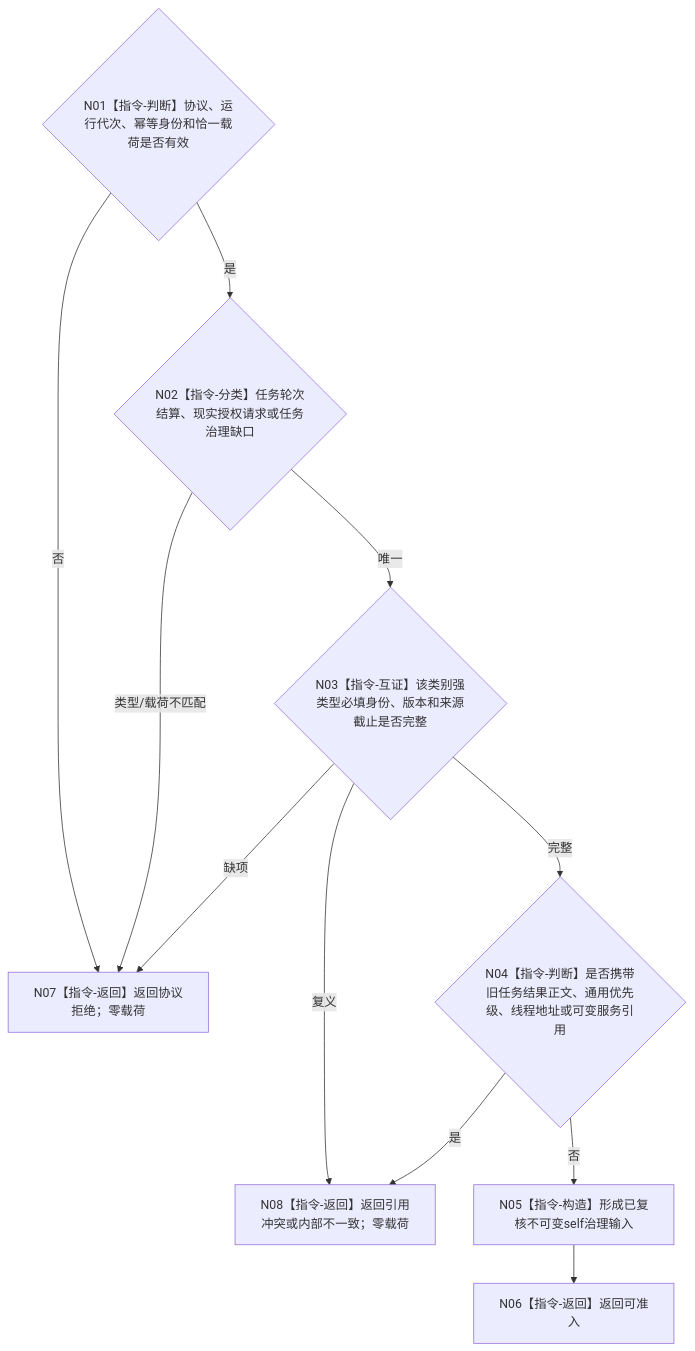
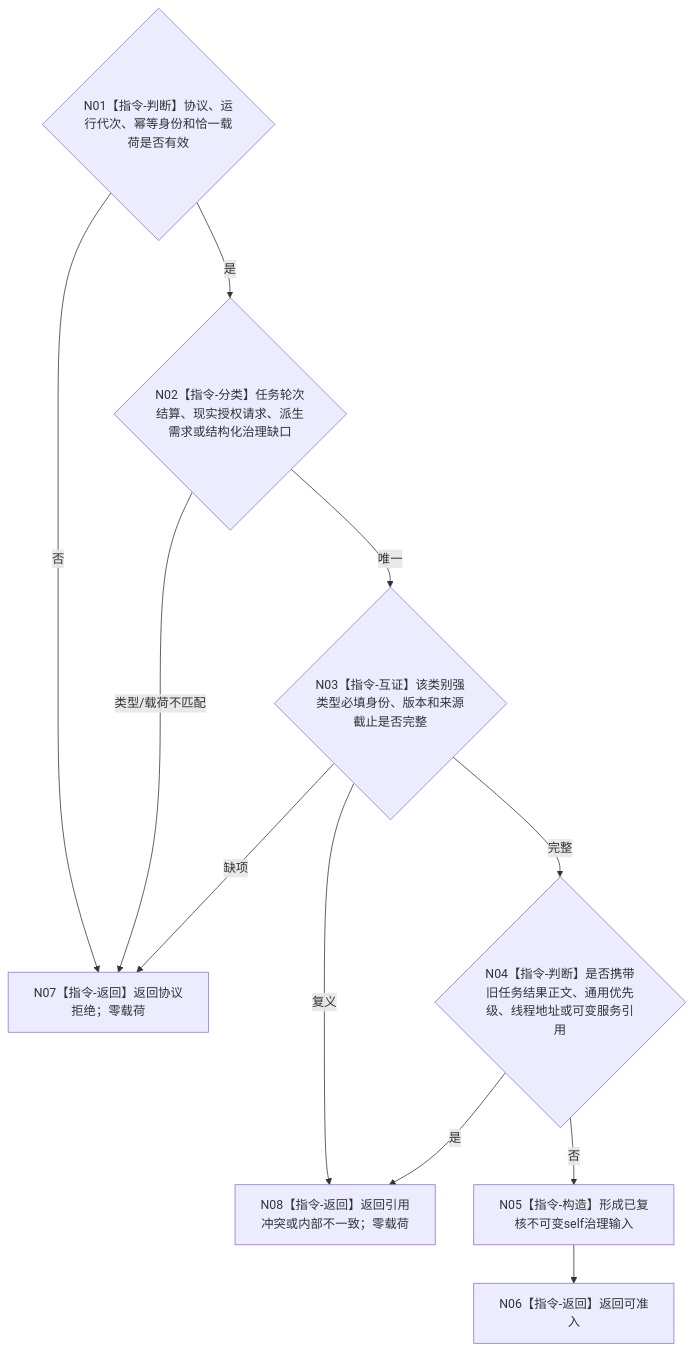
One commit to chunhaizh-cyber/HY-Ego changed the diagram in 流程图/目标业务流程图/L3/BIZ-L3-004-14-01_复核一个任务管理到self具名输入_目标函数流程图_v0.2.md. Above: the diagram before and after it, drawn with Mermaid. The commit also changed other lines of this file and 14 other files, not shown here.

````diff
--- a/流程图/目标业务流程图/L3/BIZ-L3-004-14-01_复核一个任务管理到self具名输入_目标函数流程图_v0.2.md
+++ b/流程图/目标业务流程图/L3/BIZ-L3-004-14-01_复核一个任务管理到self具名输入_目标函数流程图_v0.2.md
@@ -29,21 +29,21 @@
 ```mermaid
 flowchart TD
     N01{"N01【指令-判断】协议、运行代次、幂等身份和恰一载荷是否有效"}
-    N02{"N02【指令-分类】任务轮次结算、现实授权请求或任务治理缺口"}
+    N02{"N02【指令-分类】任务轮次结算、现实授权请求、派生需求或结构化治理缺口"}
     N03{"N03【指令-互证】该类别强类型必填身份、版本和来源截止是否完整"}
     N04{"N04【指令-判断】是否携带旧任务结果正文、通用优先级、线程地址或可变服务引用"}
     N05["N05【指令-构造】形成已复核不可变self治理输入"]
     N06["N06【指令-返回】返回可准入"]
     N07["N07【指令-返回】返回协议拒绝；零载荷"]
     N08["N08【指令-返回】返回引用冲突或内部不一致；零载荷"]
 
     N01 -->|否| N07
     N01 -->|是| N02
     N02 -->|类型/载荷不匹配| N07
     N02 -->|唯一| N03
     N03 -->|缺项| N07
     N03 -->|复义| N08
     N03 -->|完整| N04
     N04 -->|是| N08
     N04 -->|否| N05 --> N06
 ```
````
